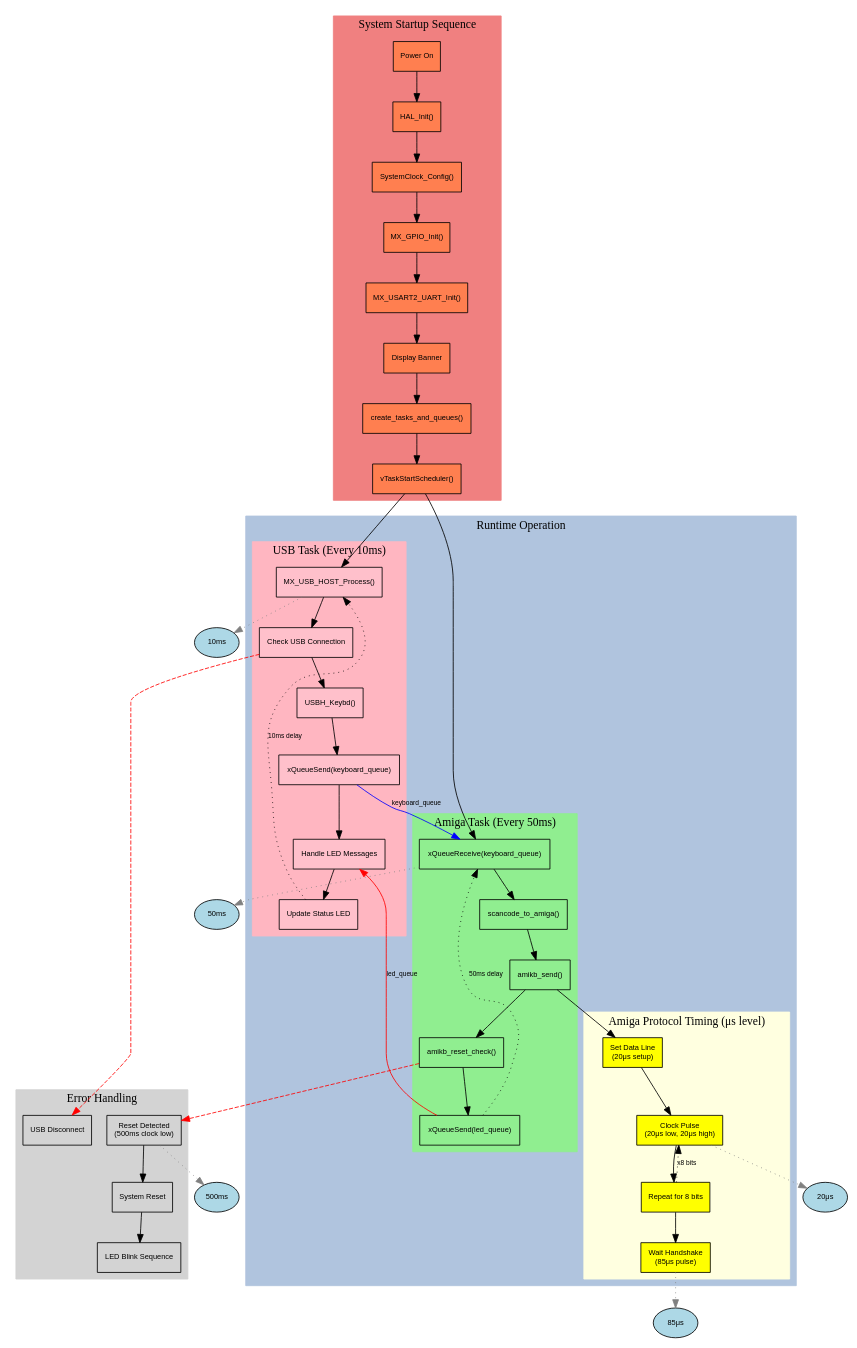
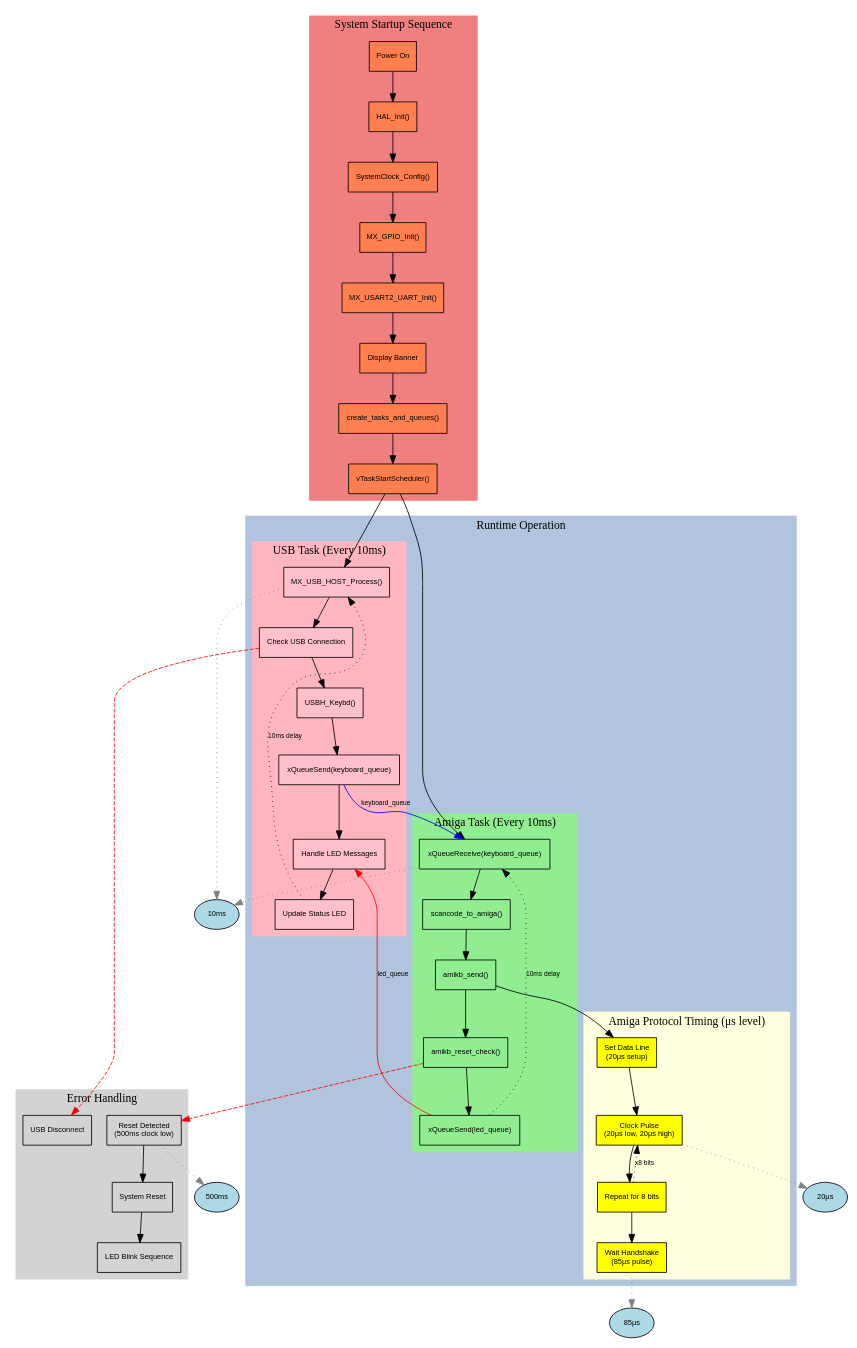
The diagram in timing_flow.dot (gianlucarenzi/stalker), drawn with Graphviz before and after one commit. The commit also changed 10 other files, not shown here.

```diff
--- a/timing_flow.dot
+++ b/timing_flow.dot
@@ -1,138 +1,137 @@
 digraph TimingFlow {
     // Graph settings
     rankdir=TB;
     node [shape=box, style=filled, fontname="Arial", fontsize=9];
     edge [fontname="Arial", fontsize=8];
     
     // System startup sequence
     subgraph cluster_startup {
         label="System Startup Sequence";
         style=filled;
         color=lightcoral;
         
         power_on [label="Power On", fillcolor=coral];
         hal_init [label="HAL_Init()", fillcolor=coral];
         clock_config [label="SystemClock_Config()", fillcolor=coral];
         gpio_init [label="MX_GPIO_Init()", fillcolor=coral];
         uart_init [label="MX_USART2_UART_Init()", fillcolor=coral];
         banner [label="Display Banner", fillcolor=coral];
         create_tasks [label="create_tasks_and_queues()", fillcolor=coral];
         start_scheduler [label="vTaskStartScheduler()", fillcolor=coral];
     }
     
     // Runtime operation
     subgraph cluster_runtime {
         label="Runtime Operation";
         style=filled;
         color=lightsteelblue;
         
         // USB Task cycle
         subgraph cluster_usb_cycle {
             label="USB Task (Every 10ms)";
             style=filled;
             color=lightpink;
             
             usb_host_process [label="MX_USB_HOST_Process()", fillcolor=pink];
             check_connection [label="Check USB Connection", fillcolor=pink];
             read_keyboard [label="USBH_Keybd()", fillcolor=pink];
             send_to_queue [label="xQueueSend(keyboard_queue)", fillcolor=pink];
             handle_leds [label="Handle LED Messages", fillcolor=pink];
             update_status [label="Update Status LED", fillcolor=pink];
         }
         
         // Amiga Task cycle
         subgraph cluster_amiga_cycle {
-            label="Amiga Task (Every 50ms)";
+            label="Amiga Task (Every 10ms)";
             style=filled;
             color=lightgreen;
             
             receive_from_queue [label="xQueueReceive(keyboard_queue)", fillcolor=lightgreen];
             convert_scancode [label="scancode_to_amiga()", fillcolor=lightgreen];
             amiga_send [label="amikb_send()", fillcolor=lightgreen];
             check_reset [label="amikb_reset_check()", fillcolor=lightgreen];
             send_led_status [label="xQueueSend(led_queue)", fillcolor=lightgreen];
         }
         
         // Protocol timing details
         subgraph cluster_protocol_timing {
             label="Amiga Protocol Timing (μs level)";
             style=filled;
             color=lightyellow;
             
             set_data_line [label="Set Data Line\n(20μs setup)", fillcolor=yellow];
             clock_pulse [label="Clock Pulse\n(20μs low, 20μs high)", fillcolor=yellow];
             repeat_8_bits [label="Repeat for 8 bits", fillcolor=yellow];
             wait_handshake [label="Wait Handshake\n(85μs pulse)", fillcolor=yellow];
         }
     }
     
     // Error handling
     subgraph cluster_error_handling {
         label="Error Handling";
         style=filled;
         color=lightgray;
         
         usb_disconnect [label="USB Disconnect", fillcolor=lightgray];
         reset_detected [label="Reset Detected\n(500ms clock low)", fillcolor=lightgray];
         system_reset [label="System Reset", fillcolor=lightgray];
         led_blink [label="LED Blink Sequence", fillcolor=lightgray];
     }
     
     // Startup flow
     power_on -> hal_init;
     hal_init -> clock_config;
     clock_config -> gpio_init;
     gpio_init -> uart_init;
     uart_init -> banner;
     banner -> create_tasks;
     create_tasks -> start_scheduler;
     
     // Runtime flows
     start_scheduler -> usb_host_process;
     start_scheduler -> receive_from_queue;
     
     // USB Task flow
     usb_host_process -> check_connection;
     check_connection -> read_keyboard;
     read_keyboard -> send_to_queue;
     send_to_queue -> handle_leds;
     handle_leds -> update_status;
     update_status -> usb_host_process [label="10ms delay", style=dotted];
     
     // Amiga Task flow
     receive_from_queue -> convert_scancode;
     convert_scancode -> amiga_send;
     amiga_send -> check_reset;
     check_reset -> send_led_status;
-    send_led_status -> receive_from_queue [label="50ms delay", style=dotted];
+    send_led_status -> receive_from_queue [label="10ms delay", style=dotted];
     
     // Protocol timing
     amiga_send -> set_data_line;
     set_data_line -> clock_pulse;
     clock_pulse -> repeat_8_bits;
     repeat_8_bits -> clock_pulse [label="x8 bits", style=dotted];
     repeat_8_bits -> wait_handshake;
     
     // Inter-task communication
     send_to_queue -> receive_from_queue [label="keyboard_queue", color=blue];
     send_led_status -> handle_leds [label="led_queue", color=red];
     
     // Error flows
     check_connection -> usb_disconnect [style=dashed, color=red];
     check_reset -> reset_detected [style=dashed, color=red];
     reset_detected -> system_reset;
     system_reset -> led_blink;
     
     // Timing annotations
     timing_10ms [label="10ms", shape=ellipse, fillcolor=lightblue];
-    timing_50ms [label="50ms", shape=ellipse, fillcolor=lightblue];
     timing_20us [label="20μs", shape=ellipse, fillcolor=lightblue];
     timing_85us [label="85μs", shape=ellipse, fillcolor=lightblue];
     timing_500ms [label="500ms", shape=ellipse, fillcolor=lightblue];
     
     usb_host_process -> timing_10ms [style=dotted, color=gray];
-    receive_from_queue -> timing_50ms [style=dotted, color=gray];
+    receive_from_queue -> timing_10ms [style=dotted, color=gray];
     clock_pulse -> timing_20us [style=dotted, color=gray];
     wait_handshake -> timing_85us [style=dotted, color=gray];
     reset_detected -> timing_500ms [style=dotted, color=gray];
 }
```
